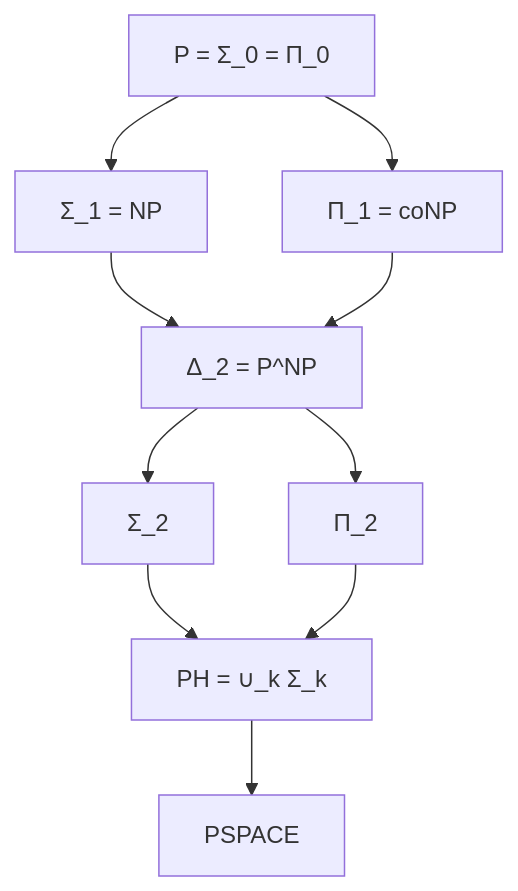
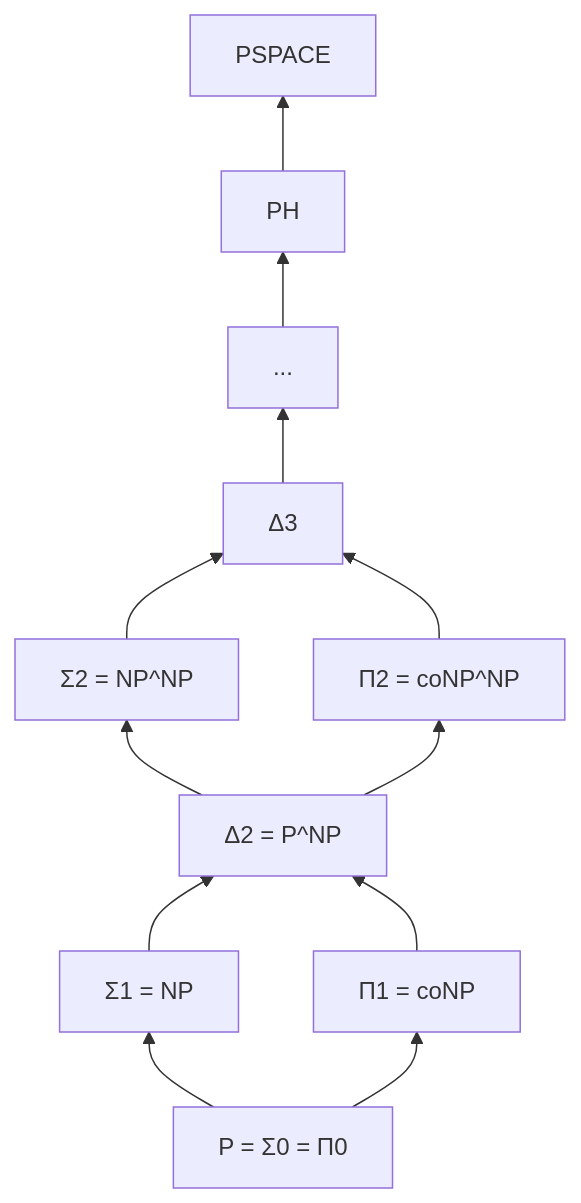
The fourth of 5 diagrams in github-pages/docs/advanced/complexity-theory.md (AndrewAltimit/Documentation), drawn with Mermaid before and after one commit. The commit also changed other lines of this file and 240 other files, not shown here.

````diff
--- a/github-pages/docs/advanced/complexity-theory.md
+++ b/github-pages/docs/advanced/complexity-theory.md
@@ -256,12 +256,14 @@
 ```mermaid
-flowchart TD
-    P["P = &Sigma;_0 = &Pi;_0"] --> S1["&Sigma;_1 = NP"]
-    P --> P1["&Pi;_1 = coNP"]
-    S1 --> D2["&Delta;_2 = P^NP"]
-    P1 --> D2
-    D2 --> S2["&Sigma;_2"]
-    D2 --> P2["&Pi;_2"]
-    S2 --> PH["PH = &cup;_k &Sigma;_k"]
-    P2 --> PH
+flowchart BT
+    P["P = Σ0 = Π0"] --> NP["Σ1 = NP"]
+    P --> CONP["Π1 = coNP"]
+    NP --> D2["Δ2 = P^NP"]
+    CONP --> D2
+    D2 --> S2["Σ2 = NP^NP"]
+    D2 --> P2["Π2 = coNP^NP"]
+    S2 --> D3["Δ3"]
+    P2 --> D3
+    D3 --> DOTS["..."]
+    DOTS --> PH["PH"]
     PH --> PSPACE["PSPACE"]
 ```
````
